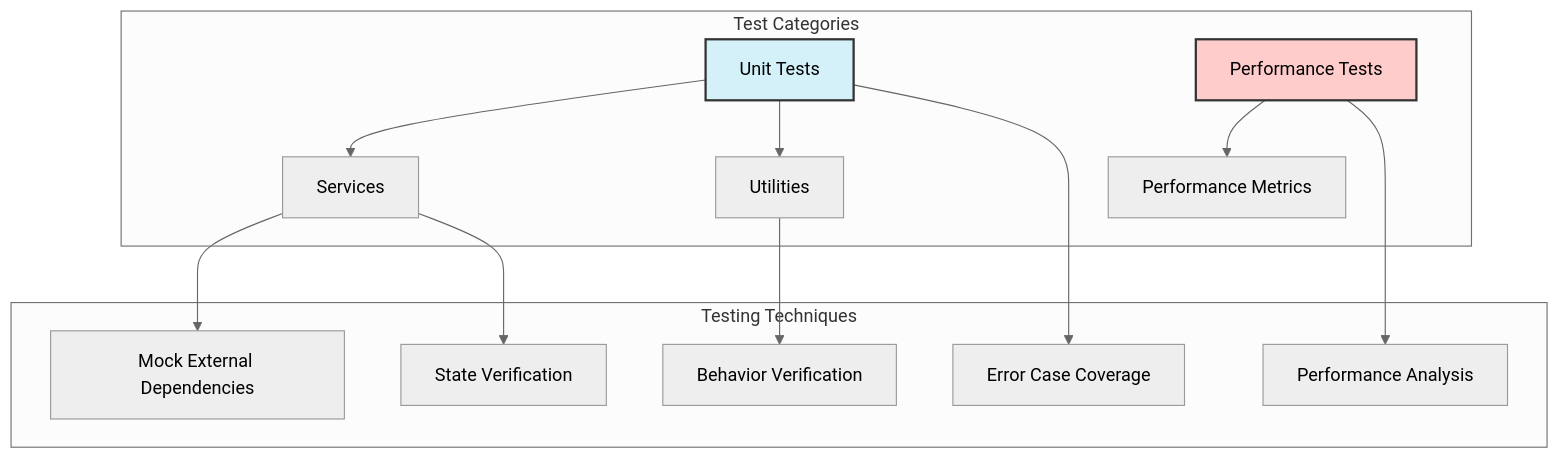
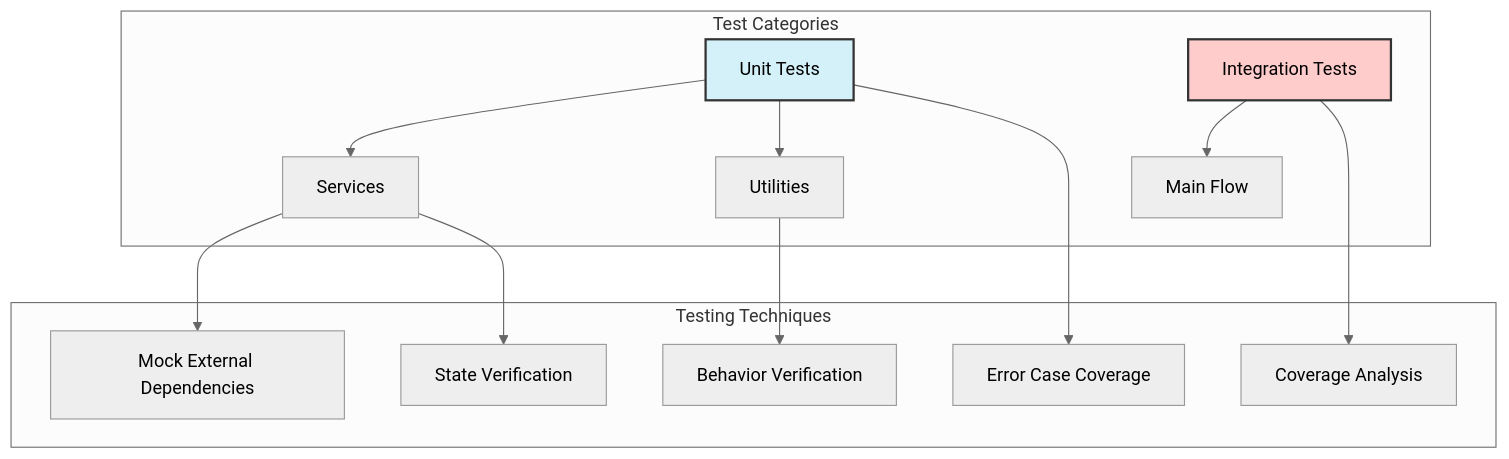
Before and after one commit to tashfiqul-islam/profile-weather-view: the third of 4 diagrams in src/docs/guide/architecture.md, drawn with Mermaid (neutral theme). The commit also changed other lines of this file and 69 other files, not shown here.

````diff
--- a/src/docs/guide/architecture.md
+++ b/src/docs/guide/architecture.md
@@ -256,25 +263,25 @@
 ```mermaid
 graph TD
     subgraph "Test Categories"
         Unit[Unit Tests] --> Services
         Unit --> Utilities
-        Benchmark[Performance Tests] --> PerformanceMetrics[Performance Metrics]
+        Integration[Integration Tests] --> MainFlow[Main Flow]
     end
 
     subgraph "Testing Techniques"
         Mocking[Mock External Dependencies]
         StateVerification[State Verification]
         BehaviorVerification[Behavior Verification]
         ErrorHandling[Error Case Coverage]
-        PerformanceAnalysis[Performance Analysis]
+        CoverageAnalysis[Coverage Analysis]
     end
 
     Services --> Mocking
     Services --> StateVerification
     Utilities --> BehaviorVerification
     Unit --> ErrorHandling
-    Benchmark --> PerformanceAnalysis
+    Integration --> CoverageAnalysis
 
     style Unit fill:#d4f1f9,stroke:#333,stroke-width:2px
-    style Benchmark fill:#ffcccc,stroke:#333,stroke-width:2px
+    style Integration fill:#ffcccc,stroke:#333,stroke-width:2px
 ```
````
